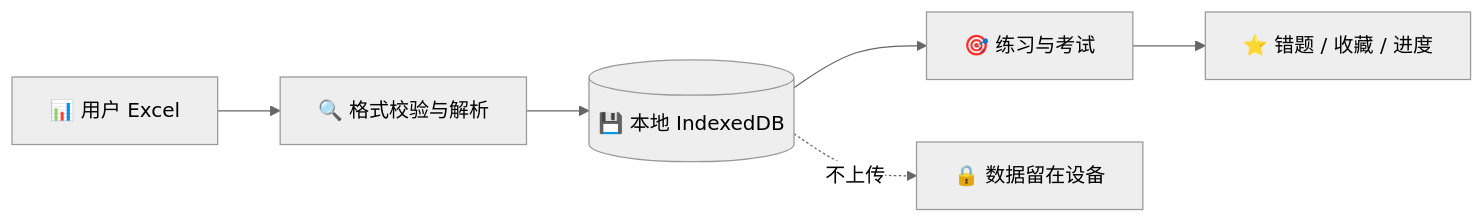
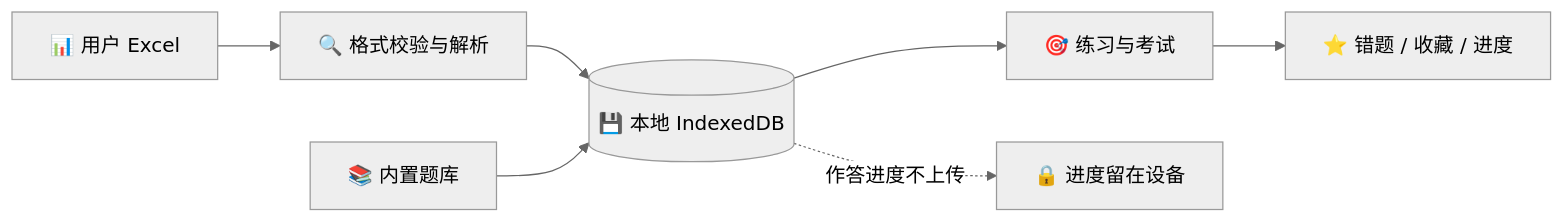
The diagram in README.md (BUG423/quiz-forge), drawn with Mermaid (neutral theme) before and after one commit. The commit also changed other lines of this file and 11 other files, not shown here.

````diff
--- a/README.md
+++ b/README.md
@@ -55,8 +55,9 @@
 ```mermaid
 flowchart LR
     A[📊 用户 Excel] --> B[🔍 格式校验与解析]
     B --> C[(💾 本地 IndexedDB)]
+    G[📚 内置题库] --> C
     C --> D[🎯 练习与考试]
     D --> E[⭐ 错题 / 收藏 / 进度]
-    C -. 不上传 .-> F[🔒 数据留在设备]
+    C -. 作答进度不上传 .-> F[🔒 进度留在设备]
 ```
````
